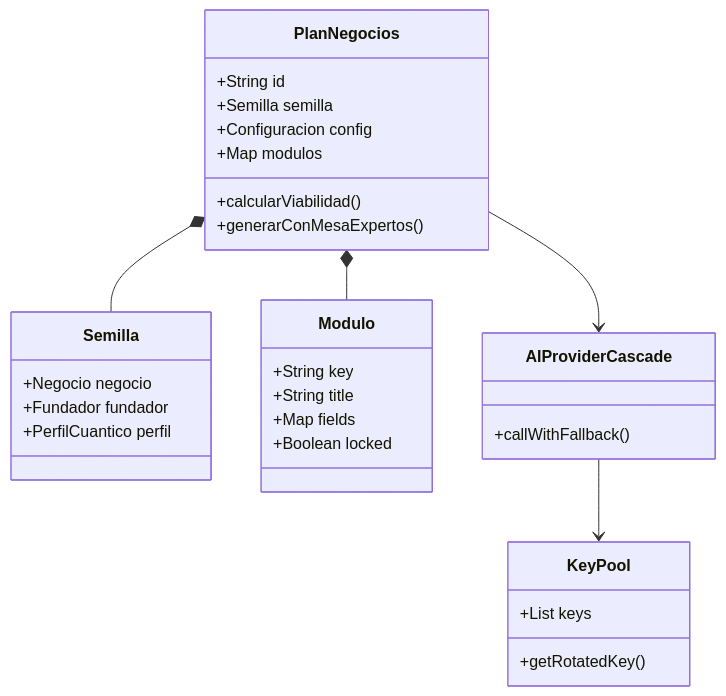
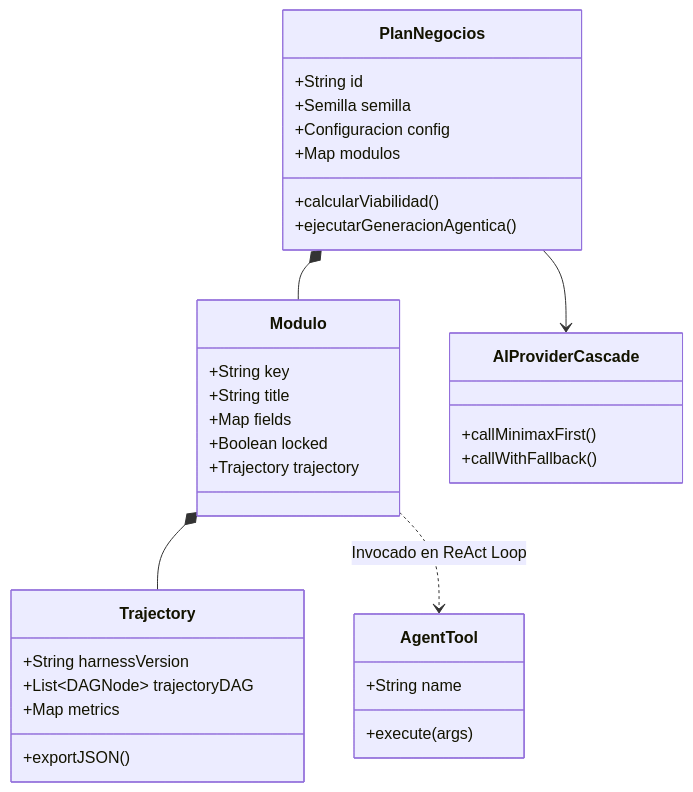
The diagram in Documentos IA DD/DDD_MASTER.md (FondoThothAC/open-business-plan), drawn with Mermaid before and after one commit. The commit also changed other lines of this file and 17 other files, not shown here.

Commit message:
Integración de IA Agéntica ReAct, Visor de Trayectorias DeepSeek Harness y Prioridad Minimax-M3

````diff
--- a/Documentos IA DD/DDD_MASTER.md
+++ b/Documentos IA DD/DDD_MASTER.md
@@ -20,34 +22,37 @@
 ```mermaid
 classDiagram
     class PlanNegocios {
         +String id
         +Semilla semilla
         +Configuracion config
         +Map modulos
         +calcularViabilidad()
-        +generarConMesaExpertos()
-    }
-    class Semilla {
-        +Negocio negocio
-        +Fundador fundador
-        +PerfilCuantico perfil
+        +ejecutarGeneracionAgentica()
     }
     class Modulo {
         +String key
         +String title
         +Map fields
         +Boolean locked
+        +Trajectory trajectory
     }
-    class KeyPool {
-        +List keys
-        +getRotatedKey()
+    class Trajectory {
+        +String harnessVersion
+        +List~DAGNode~ trajectoryDAG
+        +Map metrics
+        +exportJSON()
+    }
+    class AgentTool {
+        +String name
+        +execute(args)
     }
     class AIProviderCascade {
+        +callMinimaxFirst()
         +callWithFallback()
     }
 
-    PlanNegocios *-- Semilla
     PlanNegocios *-- Modulo
+    Modulo *-- Trajectory
     PlanNegocios --> AIProviderCascade
-    AIProviderCascade --> KeyPool
+    Modulo ..> AgentTool : Invocado en ReAct Loop
 ```
````
